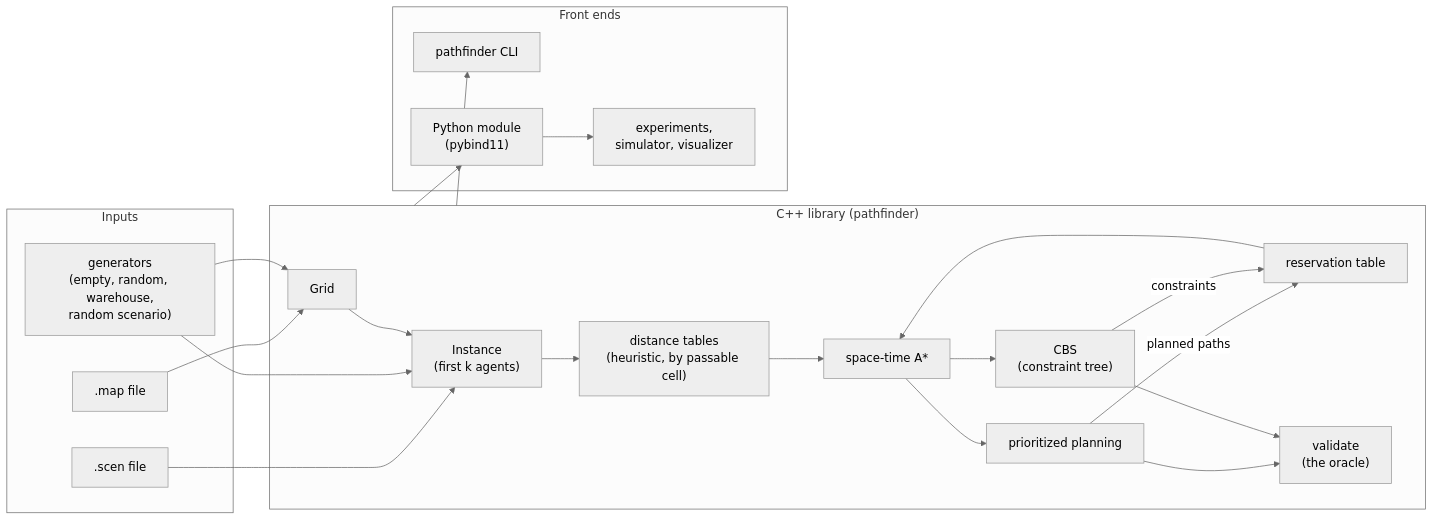
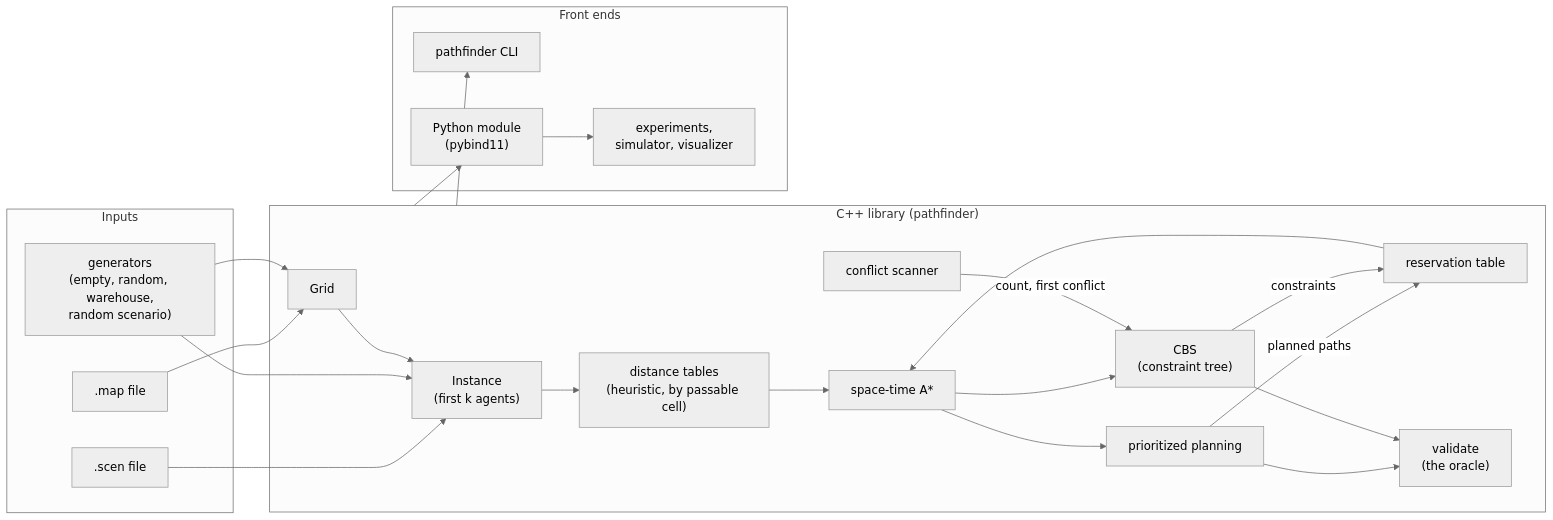
Before and after one commit to vivekdavara/pathfinder: the diagram in DESIGN.md, drawn with Mermaid (neutral theme). The commit also changed other lines of this file, not shown here.

First line of the commit message:
DESIGN.md: CBS as built

````diff
--- a/DESIGN.md
+++ b/DESIGN.md
@@ -252,38 +278,40 @@
 ```mermaid
 flowchart LR
   subgraph files["Inputs"]
     MAP[".map file"]
     SCEN[".scen file"]
     GEN["generators<br/>(empty, random, warehouse,<br/>random scenario)"]
   end
   subgraph core["C++ library (pathfinder)"]
     GRID["Grid"]
     INST["Instance<br/>(first k agents)"]
     H["distance tables<br/>(heuristic, by passable cell)"]
     RES["reservation table"]
     STA["space-time A*"]
     PP["prioritized planning"]
     CBS["CBS<br/>(constraint tree)"]
+    SCAN["conflict scanner"]
     VAL["validate<br/>(the oracle)"]
   end
   subgraph outside["Front ends"]
     CLI["pathfinder CLI"]
     PY["Python module<br/>(pybind11)"]
     EXP["experiments,<br/>simulator, visualizer"]
   end
   MAP --> GRID
   GEN --> GRID
   SCEN --> INST
   GEN --> INST
   GRID --> INST
   INST --> H --> STA
   RES --> STA
   STA --> PP
   STA --> CBS
   PP -- "planned paths" --> RES
   CBS -- "constraints" --> RES
+  SCAN -- "count, first conflict" --> CBS
   PP --> VAL
   CBS --> VAL
   core --> CLI
   core --> PY --> EXP
 ```
````
